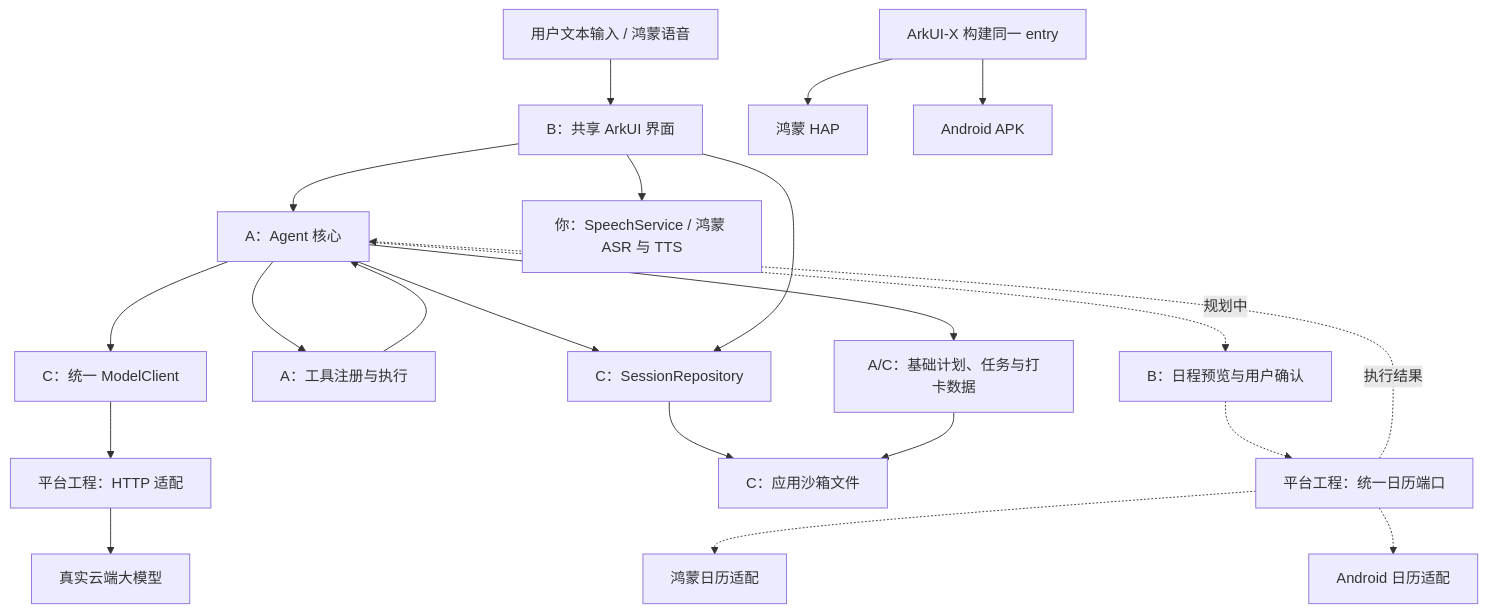
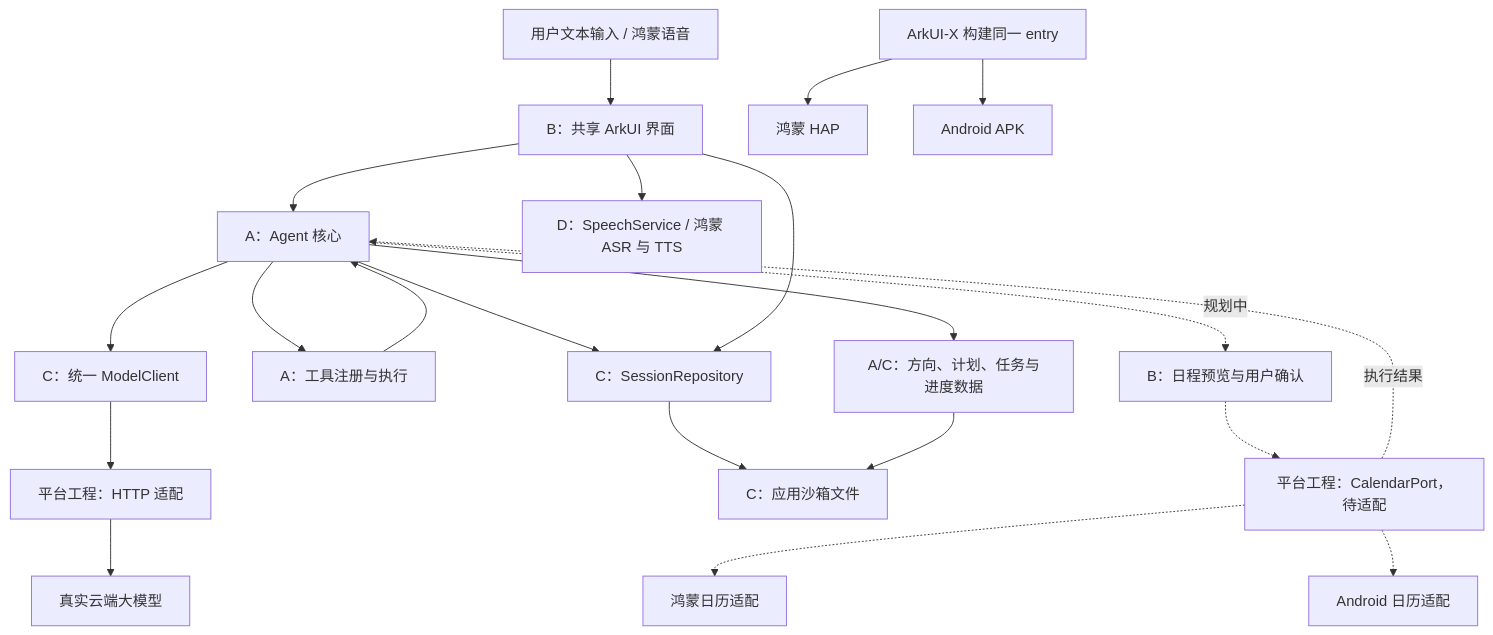
Before and after one commit to Tsuki638/arkuix-campus-agent: the diagram in docs/一页纸架构.md, drawn with Mermaid. The commit also changed other lines of this file and 36 other files, not shown here.

````diff
--- a/docs/一页纸架构.md
+++ b/docs/一页纸架构.md
@@ -5,22 +5,22 @@
 ```mermaid
 flowchart TB
     U[用户文本输入 / 鸿蒙语音] --> UI[B：共享 ArkUI 界面]
     UI --> A[A：Agent 核心]
     A --> M[C：统一 ModelClient]
     M --> H[平台工程：HTTP 适配] --> L[真实云端大模型]
     A --> T[A：工具注册与执行]
     T --> A
     A --> R[C：SessionRepository]
     UI --> R
     R --> F[C：应用沙箱文件]
-    UI --> S[你：SpeechService / 鸿蒙 ASR 与 TTS]
-    A --> P[A/C：基础计划、任务与打卡数据]
+    UI --> S[D：SpeechService / 鸿蒙 ASR 与 TTS]
+    A --> P[A/C：方向、计划、任务与进度数据]
     P --> F
     A -. 规划中 .-> V[B：日程预览与用户确认]
-    V -.-> C[平台工程：统一日历端口]
+    V -.-> C[平台工程：CalendarPort，待适配]
     C -.-> HC[鸿蒙日历适配]
     C -.-> AC[Android 日历适配]
     C -. 执行结果 .-> A
     X[ArkUI-X 构建同一 entry] --> HM[鸿蒙 HAP]
     X --> AN[Android APK]
 ```
````
